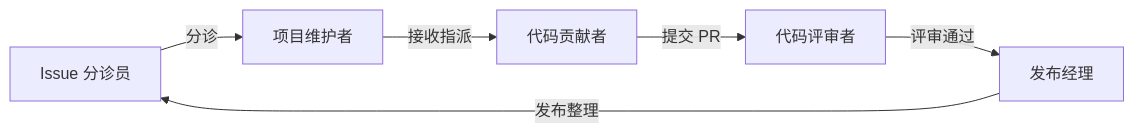
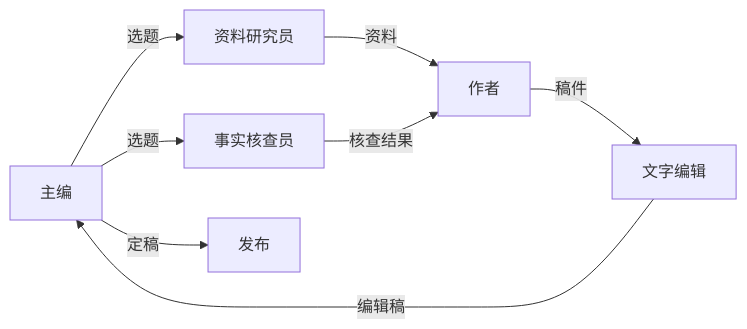
Before and after one commit to icylight/pi-tavern: the fifth of 7 diagrams in README.md, drawn with Mermaid. The commit also changed other lines of this file and 1 other file, not shown here.

````diff
--- a/README.md
+++ b/README.md
@@ -100,8 +107,9 @@
 ```mermaid
 flowchart LR
-    TR["Issue 分诊员"] -->|"分诊"| MT["项目维护者"]
-    MT -->|"接收指派"| CT["代码贡献者"]
-    CT -->|"提交 PR"| RW["代码评审者"]
-    RW -->|"评审通过"| RL["发布经理"]
-    RL -->|"发布整理"| TR
+    ED["主编"] -->|"选题"| RS["资料研究员"] & FC["事实核查员"]
+    RS -->|"资料"| AU["作者"]
+    FC -->|"核查结果"| AU
+    AU -->|"稿件"| CW["文字编辑"]
+    CW -->|"编辑稿"| ED
+    ED -->|"定稿"| PUB["发布"]
 ```
````
